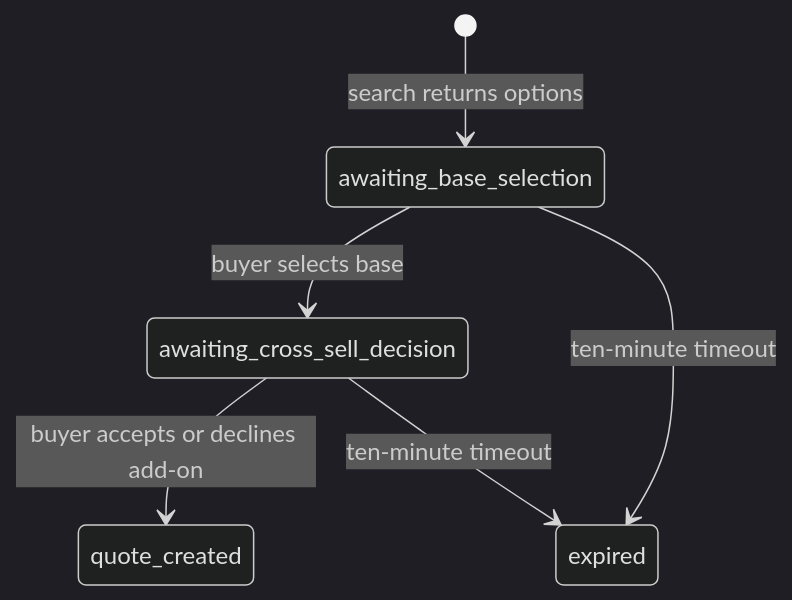
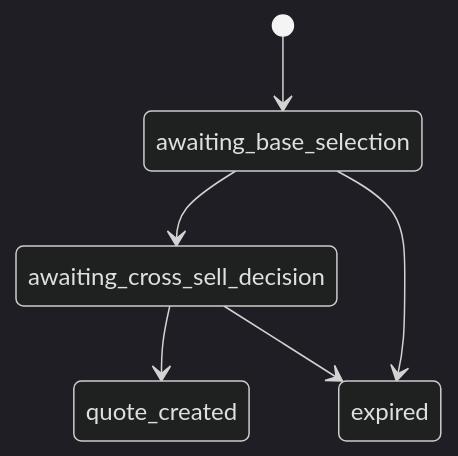
The third of 4 diagrams in ARCHITECTURE.md (Kumar-Ansuman1/CartPilot), drawn with Mermaid (dark theme) before and after one commit. The commit also changed other lines of this file, not shown here.

Commit message:
docs: document mandates delegated buyer and recovery architecture

````diff
--- a/ARCHITECTURE.md
+++ b/ARCHITECTURE.md
@@ -104,8 +268,8 @@
 ```mermaid
 stateDiagram-v2
-    [*] --> awaiting_base_selection: search returns options
-    awaiting_base_selection --> awaiting_cross_sell_decision: buyer selects base
-    awaiting_cross_sell_decision --> quote_created: buyer accepts or declines add-on
-    awaiting_base_selection --> expired: ten-minute timeout
-    awaiting_cross_sell_decision --> expired: ten-minute timeout
+    [*] --> awaiting_base_selection
+    awaiting_base_selection --> awaiting_cross_sell_decision
+    awaiting_cross_sell_decision --> quote_created
+    awaiting_base_selection --> expired
+    awaiting_cross_sell_decision --> expired
 ```
````
